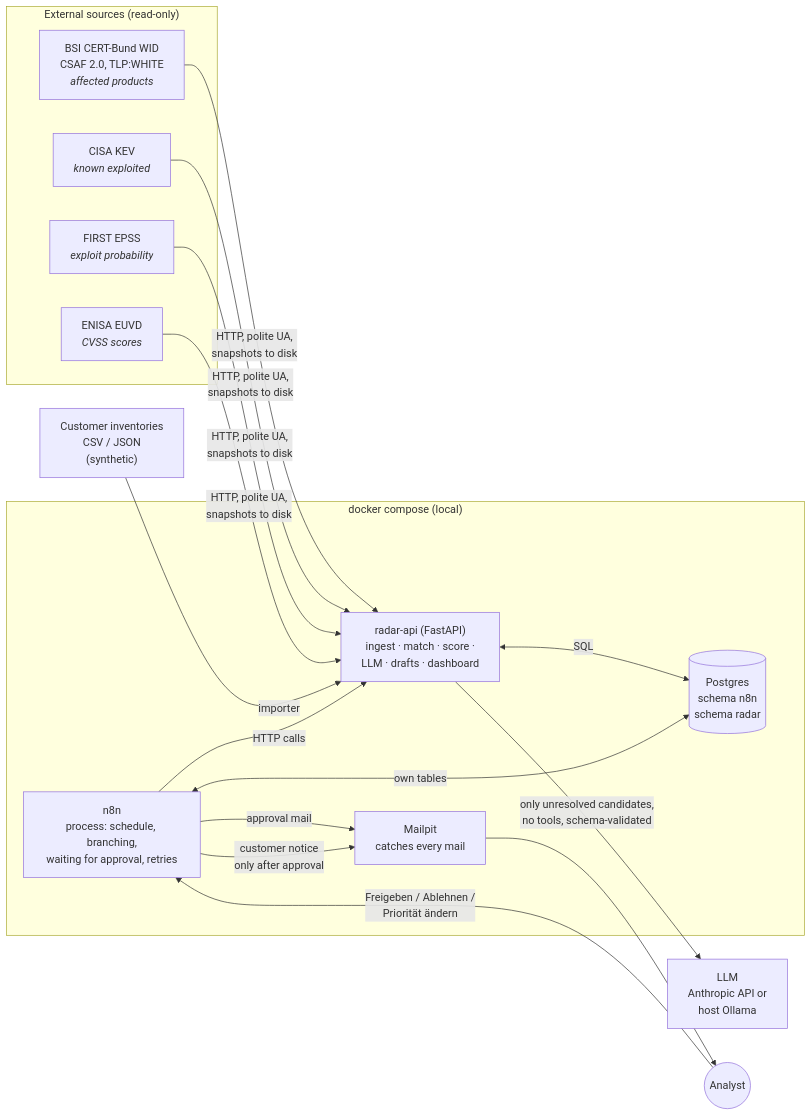
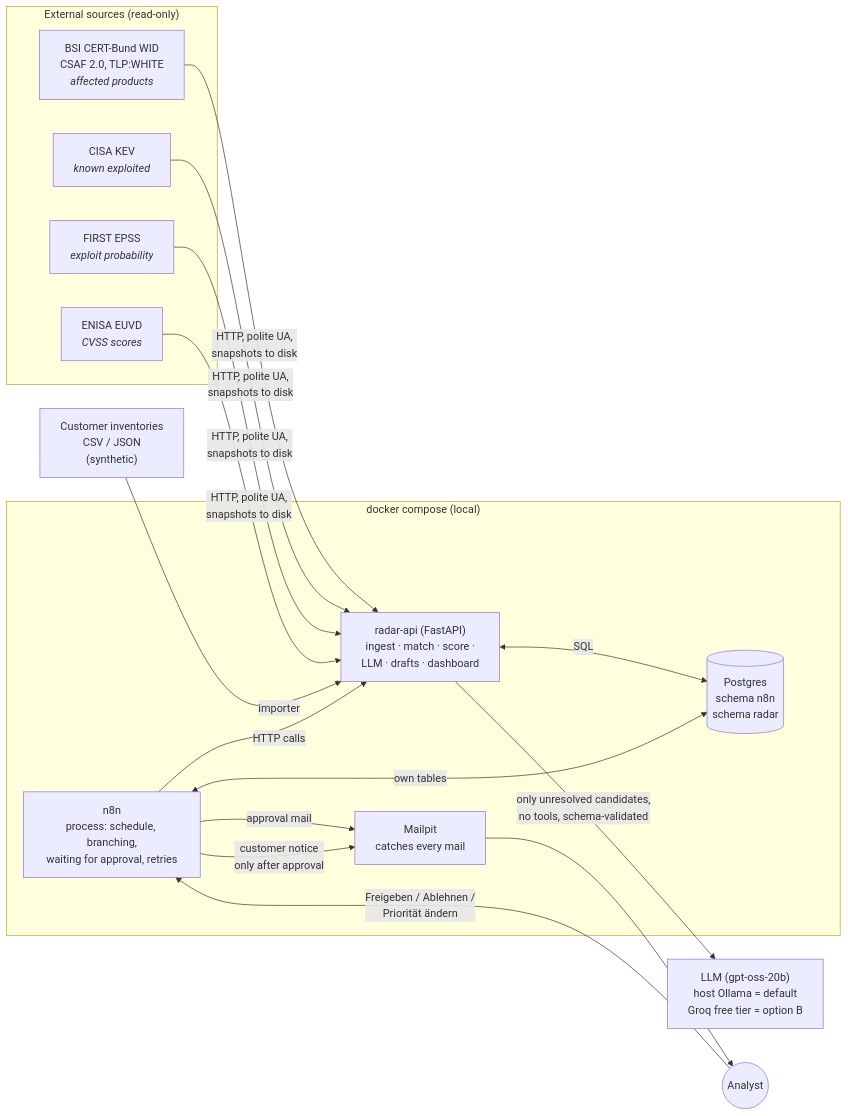
One commit to vitellaro-matteo/ai-fox changed the first of 2 diagrams in docs/ARCHITECTURE.md. Above: the diagram before and after it, drawn with Mermaid. The commit also changed other lines of this file and 4 other files, not shown here.

````diff
--- a/docs/ARCHITECTURE.md
+++ b/docs/ARCHITECTURE.md
@@ -8,31 +8,31 @@
 ```mermaid
 flowchart LR
     subgraph ext["External sources (read-only)"]
         WID["BSI CERT-Bund WID<br/>CSAF 2.0, TLP:WHITE<br/><i>affected products</i>"]
         KEV["CISA KEV<br/><i>known exploited</i>"]
         EPSS["FIRST EPSS<br/><i>exploit probability</i>"]
         EUVD["ENISA EUVD<br/><i>CVSS scores</i>"]
     end
 
     subgraph stack["docker compose (local)"]
         N8N["n8n<br/>process: schedule, branching,<br/>waiting for approval, retries"]
         API["radar-api (FastAPI)<br/>ingest · match · score ·<br/>LLM · drafts · dashboard"]
         PG[("Postgres<br/>schema n8n<br/>schema radar")]
         MAIL["Mailpit<br/>catches every mail"]
     end
 
-    LLM["LLM<br/>Anthropic API or<br/>host Ollama"]
+    LLM["LLM (gpt-oss-20b)<br/>host Ollama = default<br/>Groq free tier = option B"]
     INV["Customer inventories<br/>CSV / JSON<br/>(synthetic)"]
     ANALYST(("Analyst"))
 
     WID & KEV & EPSS & EUVD -->|HTTP, polite UA,<br/>snapshots to disk| API
     INV -->|importer| API
     N8N -->|HTTP calls| API
     API <-->|SQL| PG
     N8N <-->|own tables| PG
     API -->|only unresolved candidates,<br/>no tools, schema-validated| LLM
     N8N -->|approval mail| MAIL
     MAIL --> ANALYST
     ANALYST -->|Freigeben / Ablehnen /<br/>Priorität ändern| N8N
     N8N -->|customer notice<br/>only after approval| MAIL
 ```
````
